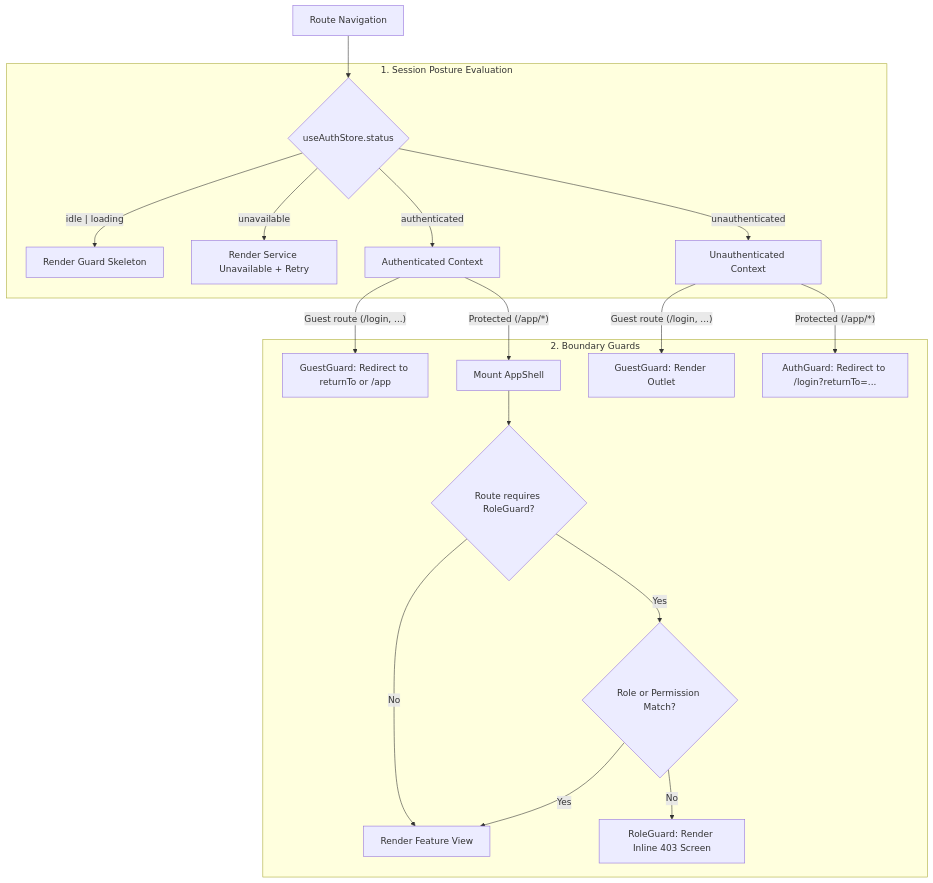
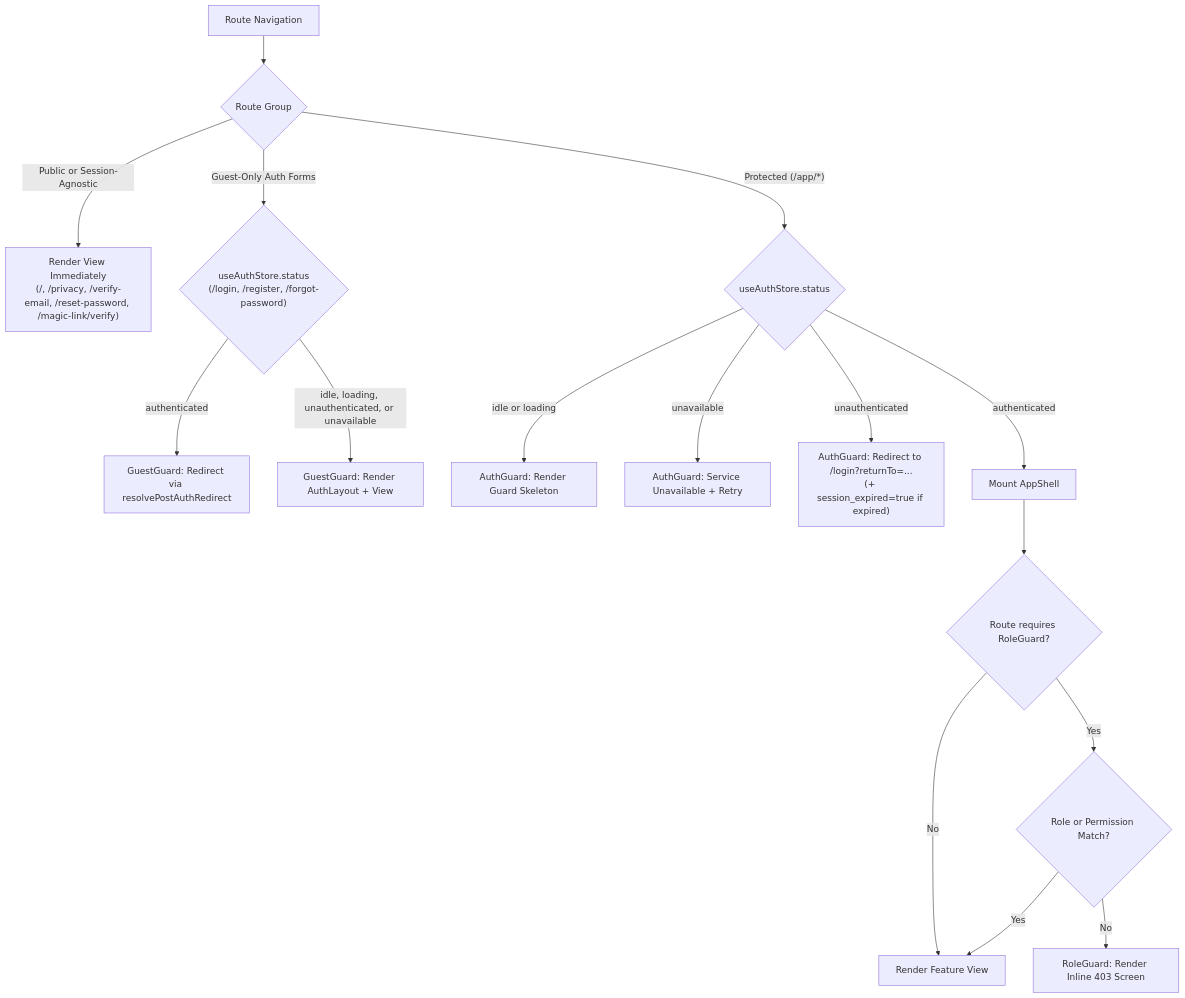
One commit to utkarshj014/authsphere changed the second of 9 diagrams in docs/FRONTEND_ARCHITECTURE.md. Above: the diagram before and after it, drawn with Mermaid. The commit also changed other lines of this file and 5 other files, not shown here.

````diff
--- a/docs/FRONTEND_ARCHITECTURE.md
+++ b/docs/FRONTEND_ARCHITECTURE.md
@@ -127,25 +128,22 @@
 ```mermaid
 flowchart TD
-    RouteRequest["Route Navigation"] --> IngressGuard{"useAuthStore.status"}
+    RouteRequest["Route Navigation"] --> RouteBranch{"Route Group"}
 
-    subgraph StatusEvaluation ["1. Session Posture Evaluation"]
-        IngressGuard -->|"idle | loading"| Skeleton["Render Guard Skeleton"]
-        IngressGuard -->|"unavailable"| OutageScreen["Render Service Unavailable + Retry"]
-        IngressGuard -->|"authenticated"| AuthEvaluated["Authenticated Context"]
-        IngressGuard -->|"unauthenticated"| UnauthEvaluated["Unauthenticated Context"]
-    end
+    RouteBranch -->|"Public or Session-Agnostic"| RenderPublic["Render View Immediately<br/>(/, /privacy, /verify-email, /reset-password, /magic-link/verify)"]
 
-    subgraph RouteGuards ["2. Boundary Guards"]
-        UnauthEvaluated -->|"Guest route (/login, ...)"| GuestGuard["GuestGuard: Render Outlet"]
-        AuthEvaluated -->|"Guest route (/login, ...)"| GuestRedirect["GuestGuard: Redirect to returnTo or /app"]
+    RouteBranch -->|"Guest-Only Auth Forms"| GuestCheck{"useAuthStore.status<br/>(/login, /register, /forgot-password)"}
+    GuestCheck -->|"authenticated"| GuestRedirect["GuestGuard: Redirect via resolvePostAuthRedirect"]
+    GuestCheck -->|"idle, loading, unauthenticated, or unavailable"| GuestRender["GuestGuard: Render AuthLayout + View"]
 
-        UnauthEvaluated -->|"Protected (/app/*)"| AuthGuard["AuthGuard: Redirect to /login?returnTo=..."]
-        AuthEvaluated -->|"Protected (/app/*)"| AppShellMount["Mount AppShell"]
+    RouteBranch -->|"Protected (/app/*)"| AuthCheck{"useAuthStore.status"}
+    AuthCheck -->|"idle or loading"| Skeleton["AuthGuard: Render Guard Skeleton"]
+    AuthCheck -->|"unavailable"| OutageScreen["AuthGuard: Service Unavailable + Retry"]
+    AuthCheck -->|"unauthenticated"| AuthRedirect["AuthGuard: Redirect to /login?returnTo=...<br/>(+ session_expired=true if expired)"]
+    AuthCheck -->|"authenticated"| AppShellMount["Mount AppShell"]
 
-        AppShellMount --> AdminCheck{"Route requires RoleGuard?"}
-        AdminCheck -->|"No"| RenderPage["Render Feature View"]
-        AdminCheck -->|"Yes"| RoleGuard{"Role or Permission Match?"}
-        RoleGuard -->|"Yes"| RenderPage
-        RoleGuard -->|"No"| Inline403["RoleGuard: Render Inline 403 Screen"]
-    end
+    AppShellMount --> AdminCheck{"Route requires RoleGuard?"}
+    AdminCheck -->|"No"| RenderPage["Render Feature View"]
+    AdminCheck -->|"Yes"| RoleGuard{"Role or Permission Match?"}
+    RoleGuard -->|"Yes"| RenderPage
+    RoleGuard -->|"No"| Inline403["RoleGuard: Render Inline 403 Screen"]
 ```
````
